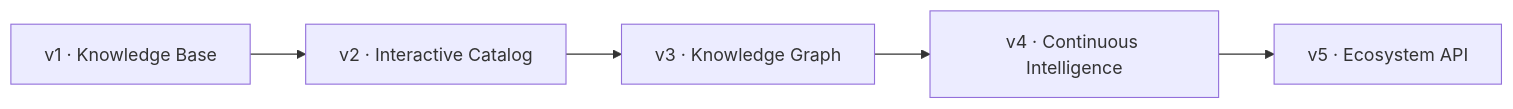
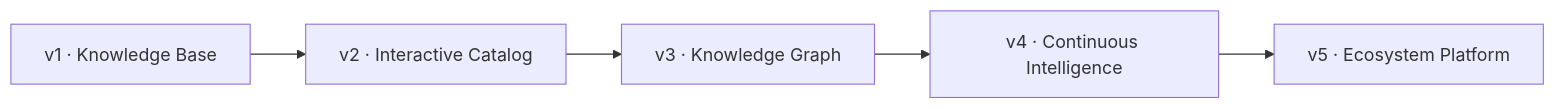
The diagram in docs/roadmaps/platform-roadmap.md (Ridd1kulusC0d3r/RedFrameworks), drawn with Mermaid before and after one commit. The commit also changed other lines of this file and 21 other files, not shown here.

````diff
--- a/docs/roadmaps/platform-roadmap.md
+++ b/docs/roadmaps/platform-roadmap.md
@@ -3,7 +3,7 @@
-```mermaid
+~~~mermaid
 flowchart LR
   V1["v1 · Knowledge Base"] --> V2["v2 · Interactive Catalog"]
   V2 --> V3["v3 · Knowledge Graph"]
   V3 --> V4["v4 · Continuous Intelligence"]
-  V4 --> V5["v5 · Ecosystem API"]
-```
+  V4 --> V5["v5 · Ecosystem Platform"]
+~~~
````
